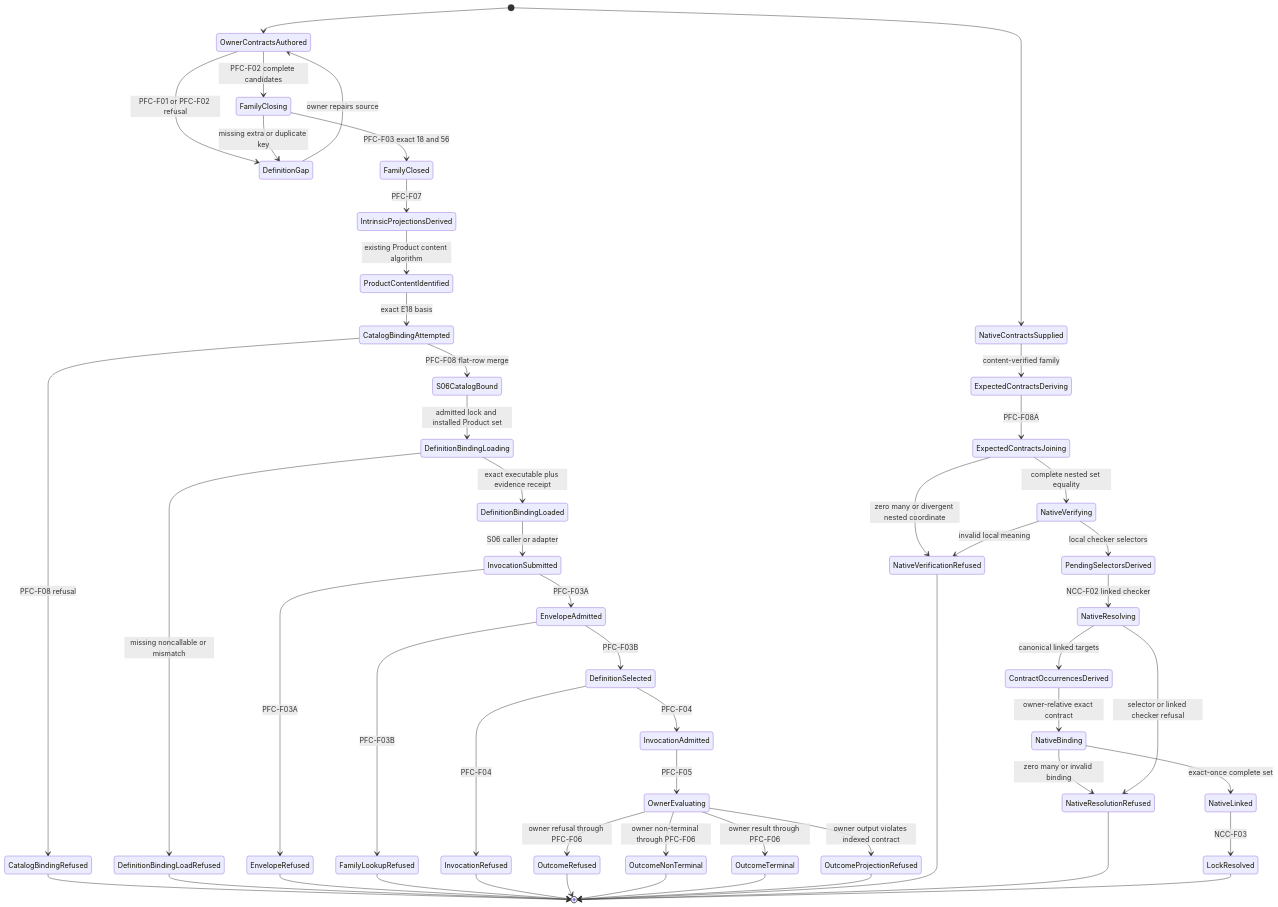
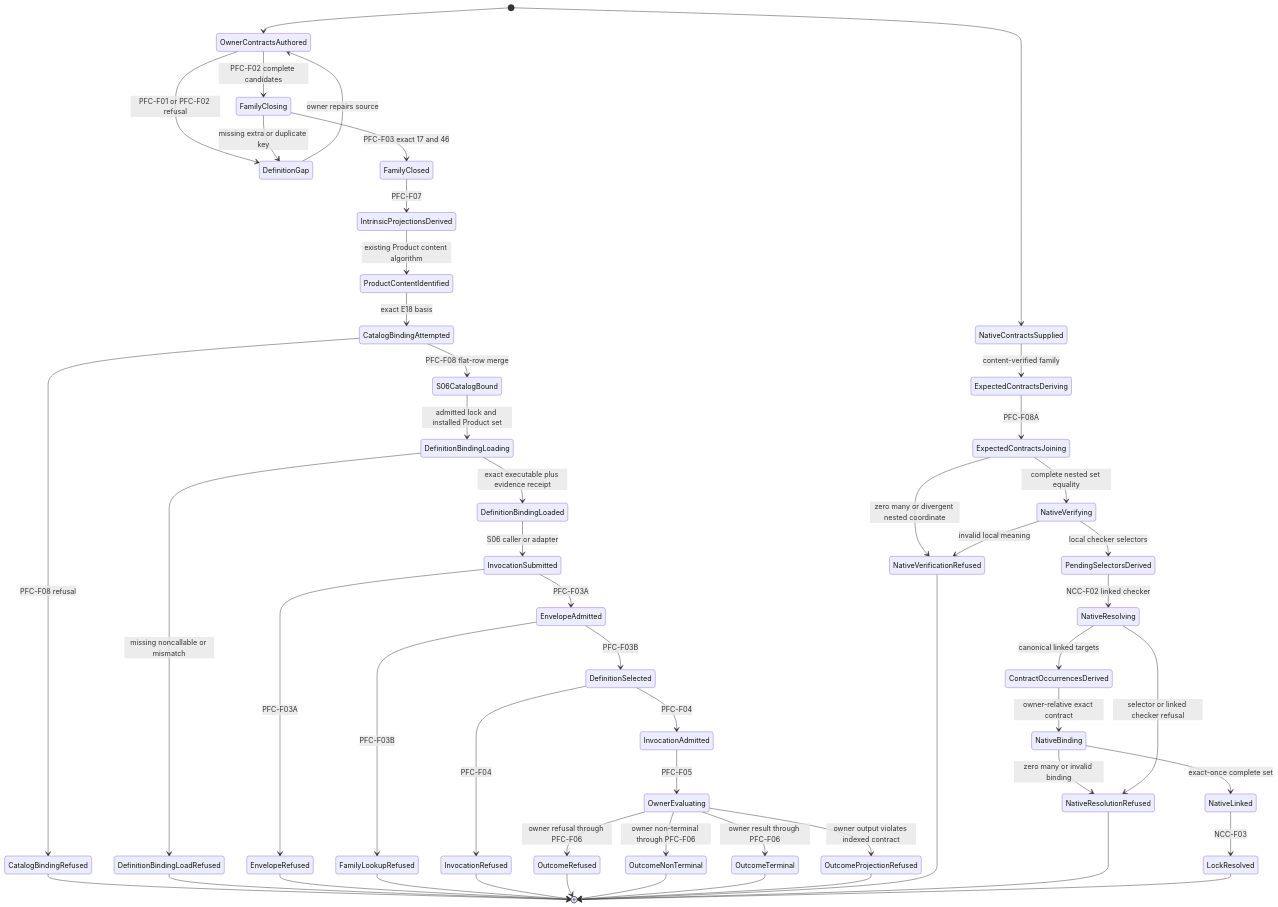
One commit to foolishimp/abiogenesis changed the third of 3 diagrams in build_tenants/abiogenesis/typescript/design/M05_S06_PUBLIC_FUNCTION_AND_NATIVE_OCCURRENCE_CLOSURE_DESIGN.md. Above: the diagram before and after it, drawn with Mermaid. The commit also changed other lines of this file and 14 other files, not shown here.

````diff
--- a/build_tenants/abiogenesis/typescript/design/M05_S06_PUBLIC_FUNCTION_AND_NATIVE_OCCURRENCE_CLOSURE_DESIGN.md
+++ b/build_tenants/abiogenesis/typescript/design/M05_S06_PUBLIC_FUNCTION_AND_NATIVE_OCCURRENCE_CLOSURE_DESIGN.md
@@ -3112,57 +3068,57 @@
 ```mermaid
 stateDiagram-v2
   [*] --> OwnerContractsAuthored
   OwnerContractsAuthored --> DefinitionGap: PFC-F01 or PFC-F02 refusal
   OwnerContractsAuthored --> FamilyClosing: PFC-F02 complete candidates
   DefinitionGap --> OwnerContractsAuthored: owner repairs source
   FamilyClosing --> DefinitionGap: missing extra or duplicate key
-  FamilyClosing --> FamilyClosed: PFC-F03 exact 18 and 56
+  FamilyClosing --> FamilyClosed: PFC-F03 exact 17 and 46
   FamilyClosed --> IntrinsicProjectionsDerived: PFC-F07
   IntrinsicProjectionsDerived --> ProductContentIdentified: existing Product content algorithm
   ProductContentIdentified --> CatalogBindingAttempted: exact E18 basis
   CatalogBindingAttempted --> CatalogBindingRefused: PFC-F08 refusal
   CatalogBindingAttempted --> S06CatalogBound: PFC-F08 flat-row merge
   CatalogBindingRefused --> [*]
 
   S06CatalogBound --> DefinitionBindingLoading: admitted lock and installed Product set
   DefinitionBindingLoading --> DefinitionBindingLoadRefused: missing noncallable or mismatch
   DefinitionBindingLoading --> DefinitionBindingLoaded: exact executable plus evidence receipt
   DefinitionBindingLoadRefused --> [*]
   DefinitionBindingLoaded --> InvocationSubmitted: S06 caller or adapter
   InvocationSubmitted --> EnvelopeRefused: PFC-F03A
   InvocationSubmitted --> EnvelopeAdmitted: PFC-F03A
   EnvelopeAdmitted --> FamilyLookupRefused: PFC-F03B
   EnvelopeAdmitted --> DefinitionSelected: PFC-F03B
   EnvelopeRefused --> [*]
   DefinitionSelected --> InvocationRefused: PFC-F04
   DefinitionSelected --> InvocationAdmitted: PFC-F04
   FamilyLookupRefused --> [*]
   InvocationRefused --> [*]
   InvocationAdmitted --> OwnerEvaluating: PFC-F05
   OwnerEvaluating --> OutcomeRefused: owner refusal through PFC-F06
   OwnerEvaluating --> OutcomeNonTerminal: owner non-terminal through PFC-F06
   OwnerEvaluating --> OutcomeTerminal: owner result through PFC-F06
   OwnerEvaluating --> OutcomeProjectionRefused: owner output violates indexed contract
   OutcomeRefused --> [*]
   OutcomeNonTerminal --> [*]
   OutcomeTerminal --> [*]
   OutcomeProjectionRefused --> [*]
 
   [*] --> NativeContractsSupplied
   NativeContractsSupplied --> ExpectedContractsDeriving: content-verified family
   ExpectedContractsDeriving --> ExpectedContractsJoining: PFC-F08A
   ExpectedContractsJoining --> NativeVerificationRefused: zero many or divergent nested coordinate
   ExpectedContractsJoining --> NativeVerifying: complete nested set equality
   NativeVerifying --> NativeVerificationRefused: invalid local meaning
   NativeVerifying --> PendingSelectorsDerived: local checker selectors
   PendingSelectorsDerived --> NativeResolving: NCC-F02 linked checker
   NativeResolving --> ContractOccurrencesDerived: canonical linked targets
   ContractOccurrencesDerived --> NativeBinding: owner-relative exact contract
   NativeBinding --> NativeResolutionRefused: zero many or invalid binding
   NativeBinding --> NativeLinked: exact-once complete set
   NativeResolving --> NativeResolutionRefused: selector or linked checker refusal
   NativeLinked --> LockResolved: NCC-F03
   NativeVerificationRefused --> [*]
   NativeResolutionRefused --> [*]
   LockResolved --> [*]
 ```
````
